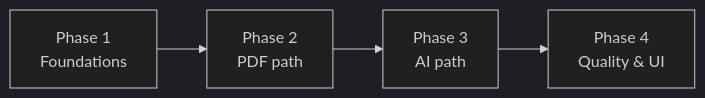
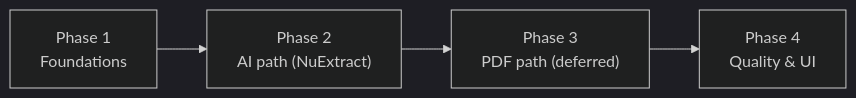
One commit to 17Sx/phaxtract changed the sixth of 6 diagrams in docs/SPECIFICATION.md. Above: the diagram before and after it, drawn with Mermaid (dark theme). The commit also changed other lines of this file and 3 other files, not shown here.

Commit message:
docs: pivot to photo-first — NuExtract path is the priority, native PDF deferred

````diff
--- a/docs/SPECIFICATION.md
+++ b/docs/SPECIFICATION.md
@@ -238,6 +242,6 @@
 ```mermaid
 flowchart LR
-    P1["Phase 1\nFoundations"] --> P2["Phase 2\nPDF path"]
-    P2 --> P3["Phase 3\nAI path"]
+    P1["Phase 1\nFoundations"] --> P2["Phase 2\nAI path (NuExtract)"]
+    P2 --> P3["Phase 3\nPDF path (deferred)"]
     P3 --> P4["Phase 4\nQuality & UI"]
 ```
````
